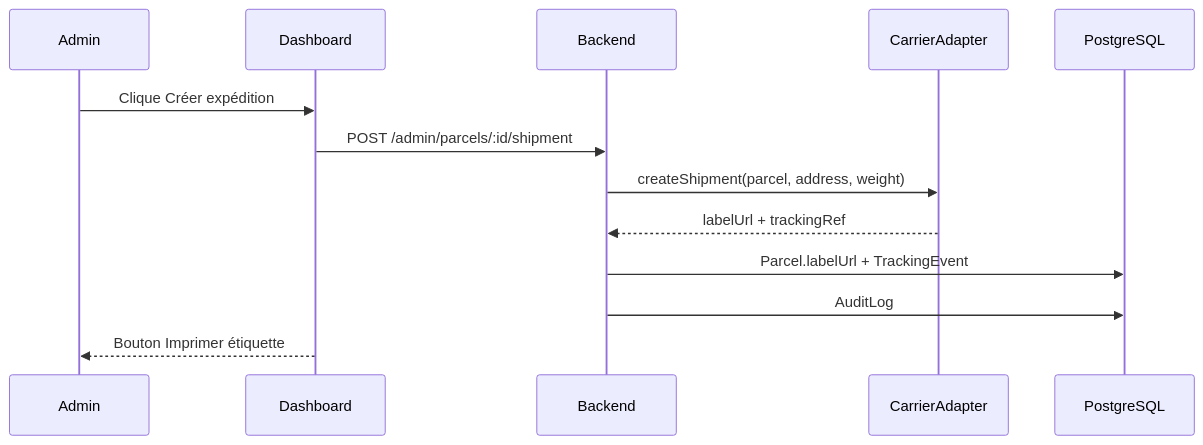
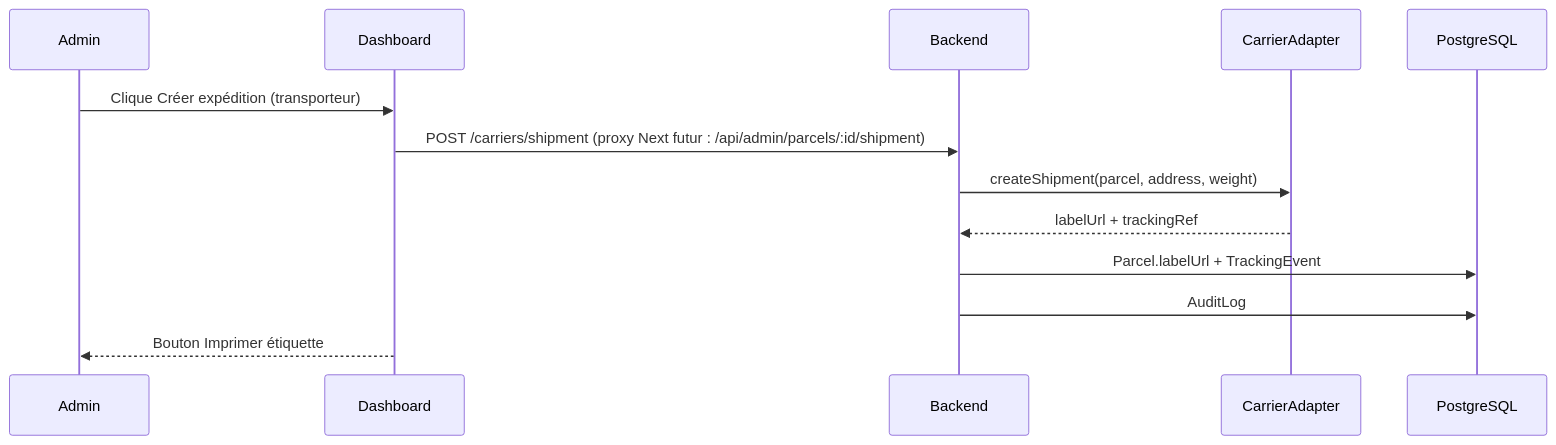
The fourth of 5 diagrams in docs/admin-ops-backoffice.md (MrGosO5/Lasolution), drawn with Mermaid before and after one commit. The commit also changed other lines of this file and 28 other files, not shown here.

````diff
--- a/docs/admin-ops-backoffice.md
+++ b/docs/admin-ops-backoffice.md
@@ -651,16 +679,16 @@
 ```mermaid
 sequenceDiagram
   participant A as Admin
   participant UI as Dashboard
   participant API as Backend
   participant C as CarrierAdapter
   participant DB as PostgreSQL
 
-  A->>UI: Clique Créer expédition
-  UI->>API: POST /admin/parcels/:id/shipment
+  A->>UI: Clique Créer expédition (transporteur)
+  UI->>API: POST /carriers/shipment (proxy Next futur : /api/admin/parcels/:id/shipment)
   API->>C: createShipment(parcel, address, weight)
   C-->>API: labelUrl + trackingRef
   API->>DB: Parcel.labelUrl + TrackingEvent
   API->>DB: AuditLog
   UI-->>A: Bouton Imprimer étiquette
 ```
````
